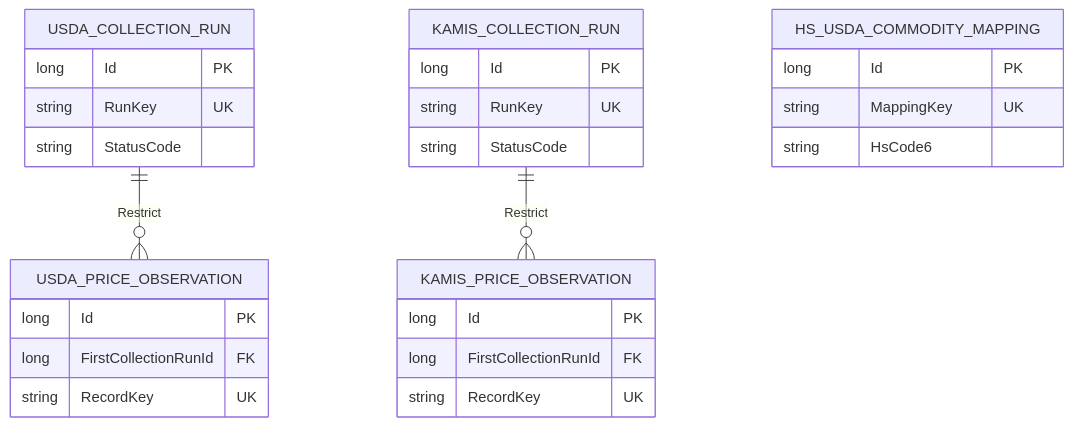
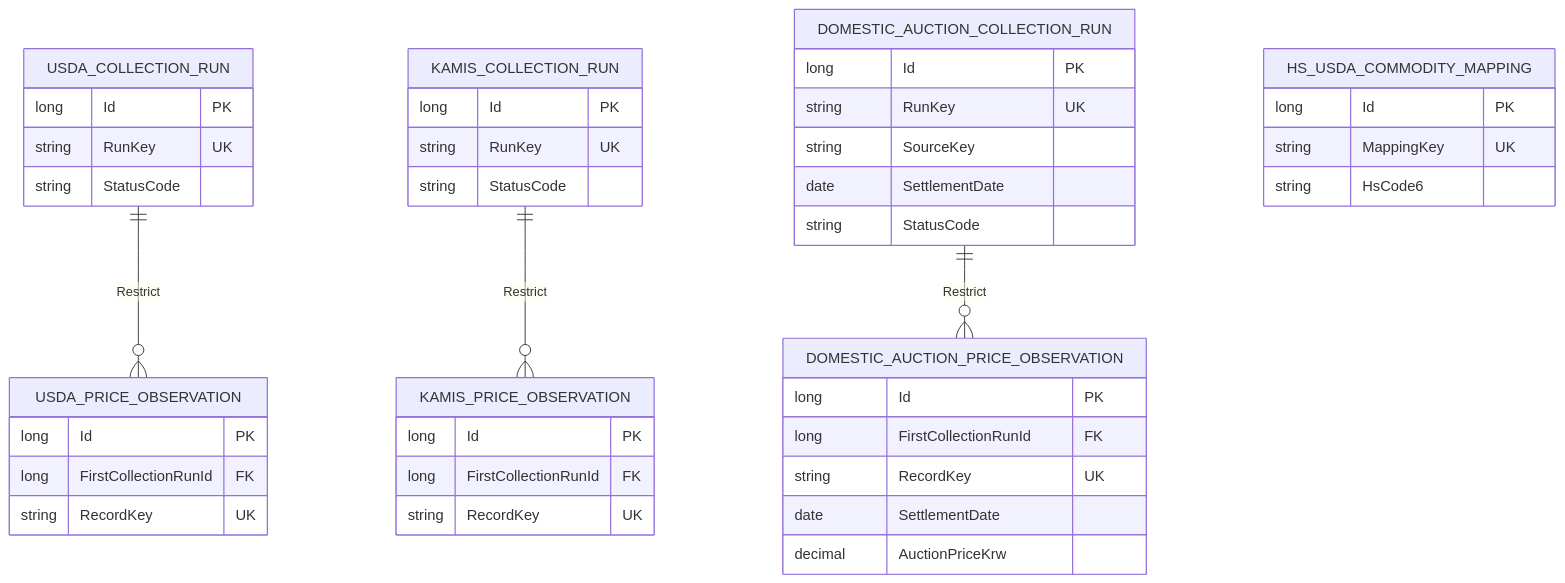
One commit to cheolwo/hongdal changed the first of 2 diagrams in docs/Architecture/DataModel/dedicated-contexts-erd.md. Above: the diagram before and after it, drawn with Mermaid. The commit also changed other lines of this file and 6 other files, not shown here.

````diff
--- a/docs/Architecture/DataModel/dedicated-contexts-erd.md
+++ b/docs/Architecture/DataModel/dedicated-contexts-erd.md
@@ -5,31 +5,46 @@
 ```mermaid
 erDiagram
     USDA_COLLECTION_RUN ||--o{ USDA_PRICE_OBSERVATION : "Restrict"
     KAMIS_COLLECTION_RUN ||--o{ KAMIS_PRICE_OBSERVATION : "Restrict"
+    DOMESTIC_AUCTION_COLLECTION_RUN ||--o{ DOMESTIC_AUCTION_PRICE_OBSERVATION : "Restrict"
 
     USDA_COLLECTION_RUN {
         long Id PK
         string RunKey UK
         string StatusCode
     }
     USDA_PRICE_OBSERVATION {
         long Id PK
         long FirstCollectionRunId FK
         string RecordKey UK
     }
     KAMIS_COLLECTION_RUN {
         long Id PK
         string RunKey UK
         string StatusCode
     }
     KAMIS_PRICE_OBSERVATION {
         long Id PK
         long FirstCollectionRunId FK
         string RecordKey UK
     }
+    DOMESTIC_AUCTION_COLLECTION_RUN {
+        long Id PK
+        string RunKey UK
+        string SourceKey
+        date SettlementDate
+        string StatusCode
+    }
+    DOMESTIC_AUCTION_PRICE_OBSERVATION {
+        long Id PK
+        long FirstCollectionRunId FK
+        string RecordKey UK
+        date SettlementDate
+        decimal AuctionPriceKrw
+    }
     HS_USDA_COMMODITY_MAPPING {
         long Id PK
         string MappingKey UK
         string HsCode6
     }
 ```
````
